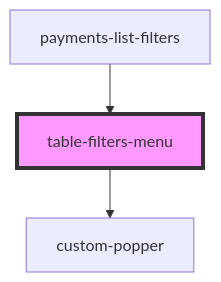
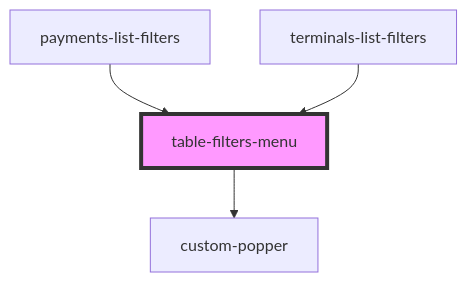
Before and after one commit to justifi-tech/web-component-library: the diagram in packages/webcomponents/src/ui-components/filters/readme.md, drawn with Mermaid. The commit also changed other lines of this file, not shown here.

````diff
--- a/packages/webcomponents/src/ui-components/filters/readme.md
+++ b/packages/webcomponents/src/ui-components/filters/readme.md
@@ -34,6 +35,7 @@
 ```mermaid
 graph TD;
   table-filters-menu --> custom-popper
   payments-list-filters --> table-filters-menu
+  terminals-list-filters --> table-filters-menu
   style table-filters-menu fill:#f9f,stroke:#333,stroke-width:4px
 ```
````
